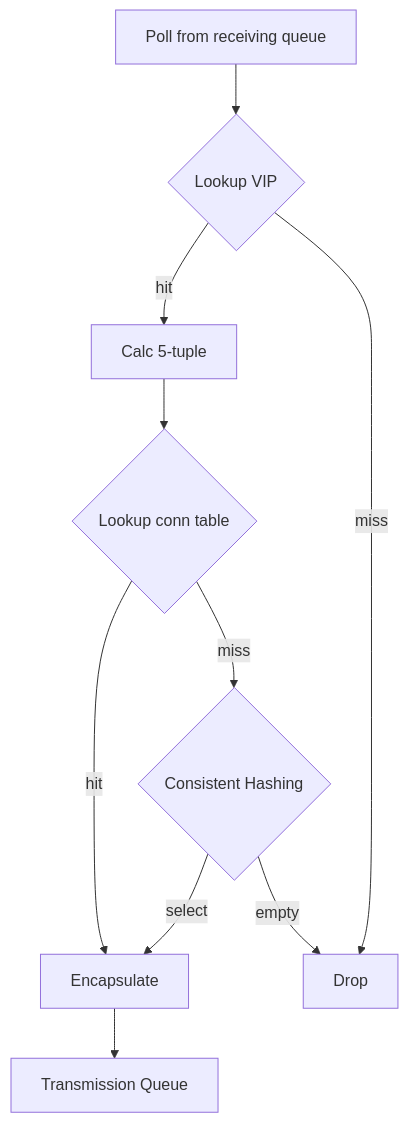
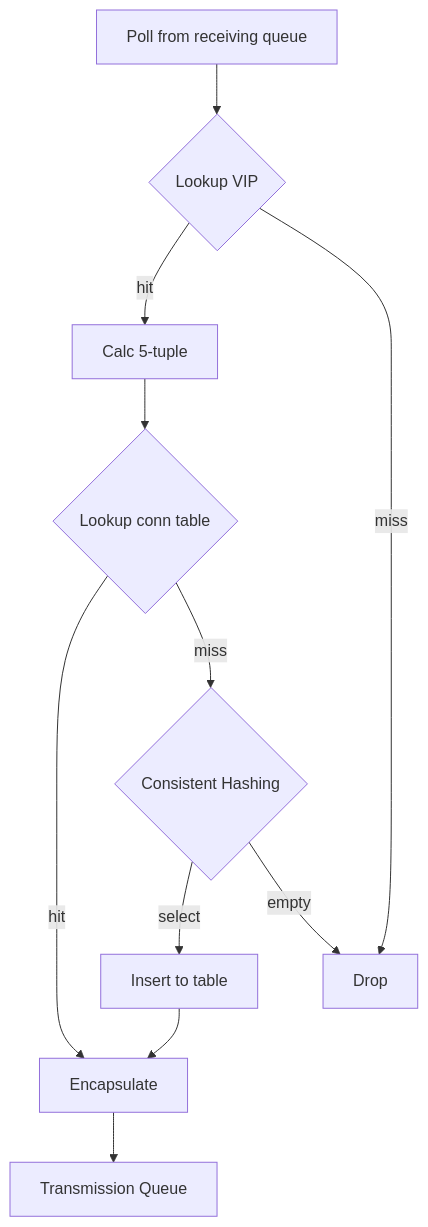
The diagram in src/essay/web/maglev.md (evan361425/evan361425.github.io), drawn with Mermaid before and after one commit. The commit also changed other lines of this file, not shown here.

````diff
--- a/src/essay/web/maglev.md
+++ b/src/essay/web/maglev.md
@@ -136,12 +135,13 @@
 ```mermaid
 flowchart TD
     packet[Poll from receiving queue] --> vip{Lookup VIP}
     vip --hit-->tuple[Calc 5-tuple]
     vip --miss--> drop[Drop]
     tuple --> backend{Lookup conn table}
     backend --hit--> enc[Encapsulate]
     backend --miss--> hash{Consistent Hashing}
-    hash --select--> enc
+    hash --select--> insert[Insert to table]
+    insert --> enc
     hash --empty-->drop
     enc --> trans[Transmission Queue]
 ```
````
